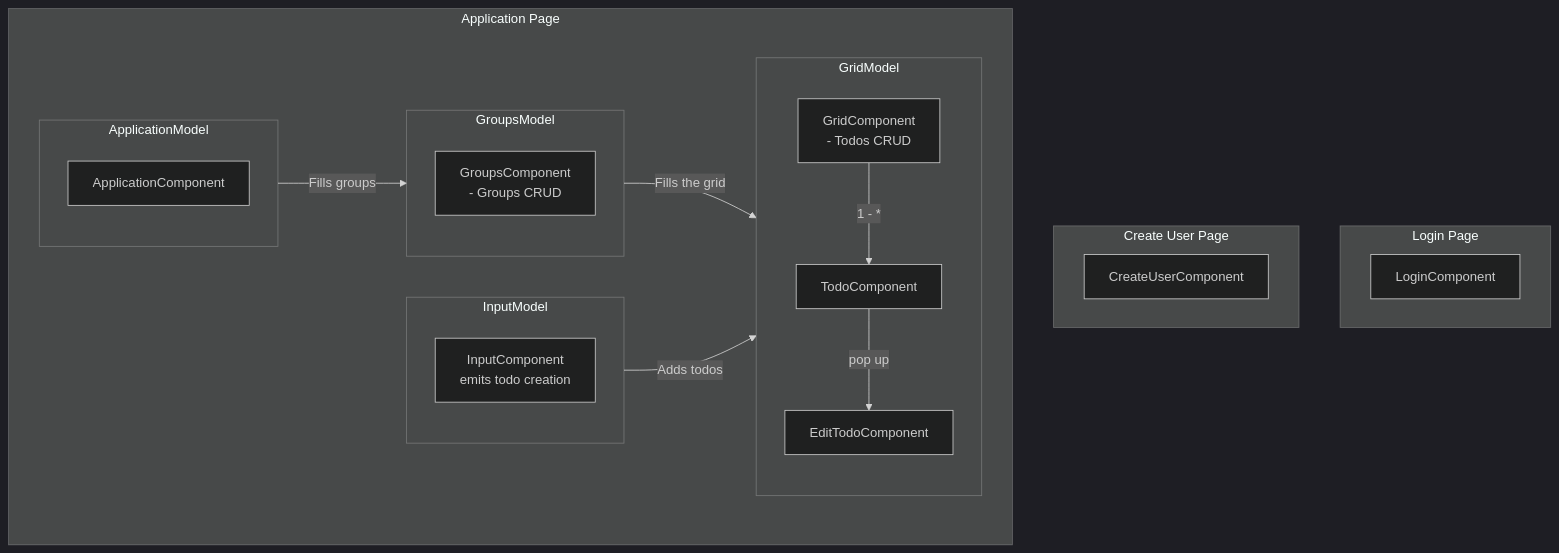
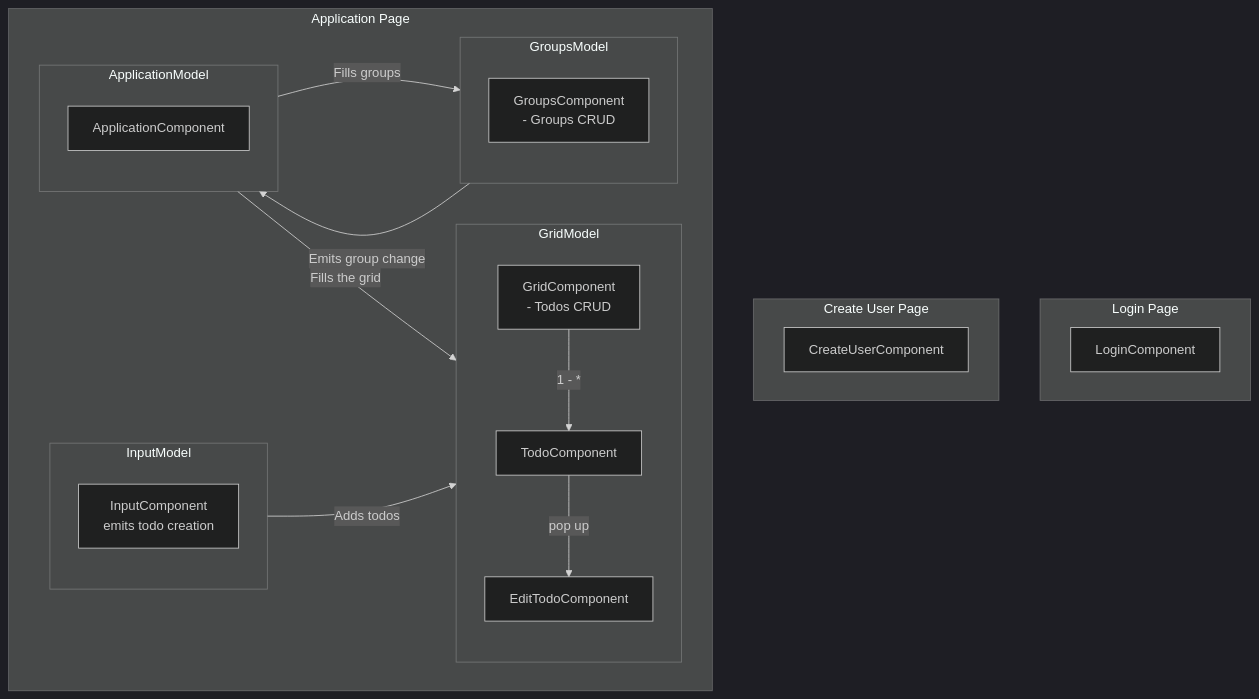
One commit to Mateus-Mannes/TodoWebApp changed the diagram in README.md. Above: the diagram before and after it, drawn with Mermaid (dark theme).

````diff
--- a/README.md
+++ b/README.md
@@ -13,40 +13,42 @@
 ``` mermaid
 flowchart TB
   subgraph Login Page
     LoginComponent
   end
 
   subgraph Create User Page
     CreateUserComponent
   end
 
   subgraph Application Page
     
     subgraph ApplicationModel
       ApplicationComponent
     end
     
     subgraph GroupsModel
       GroupsComponent[GroupsComponent \n - Groups CRUD]
     end
 
     ApplicationModel -- Fills groups --> GroupsModel
 
+    GroupsModel -- Emits group change --> ApplicationModel
+
     subgraph GridModel
       GridComponent[GridComponent \n - Todos CRUD]
       -- 1 - * -->
       TodoComponent
 
       TodoComponent -- pop up -->EditTodoComponent
     end
 
-    GroupsModel -- Fills the grid --> GridModel
+    ApplicationModel -- Fills the grid --> GridModel
 
     subgraph InputModel
       InputComponent[InputComponent \n emits todo creation]
     end
 
     InputModel -- Adds todos --> GridModel
 
   end
 ```
````
